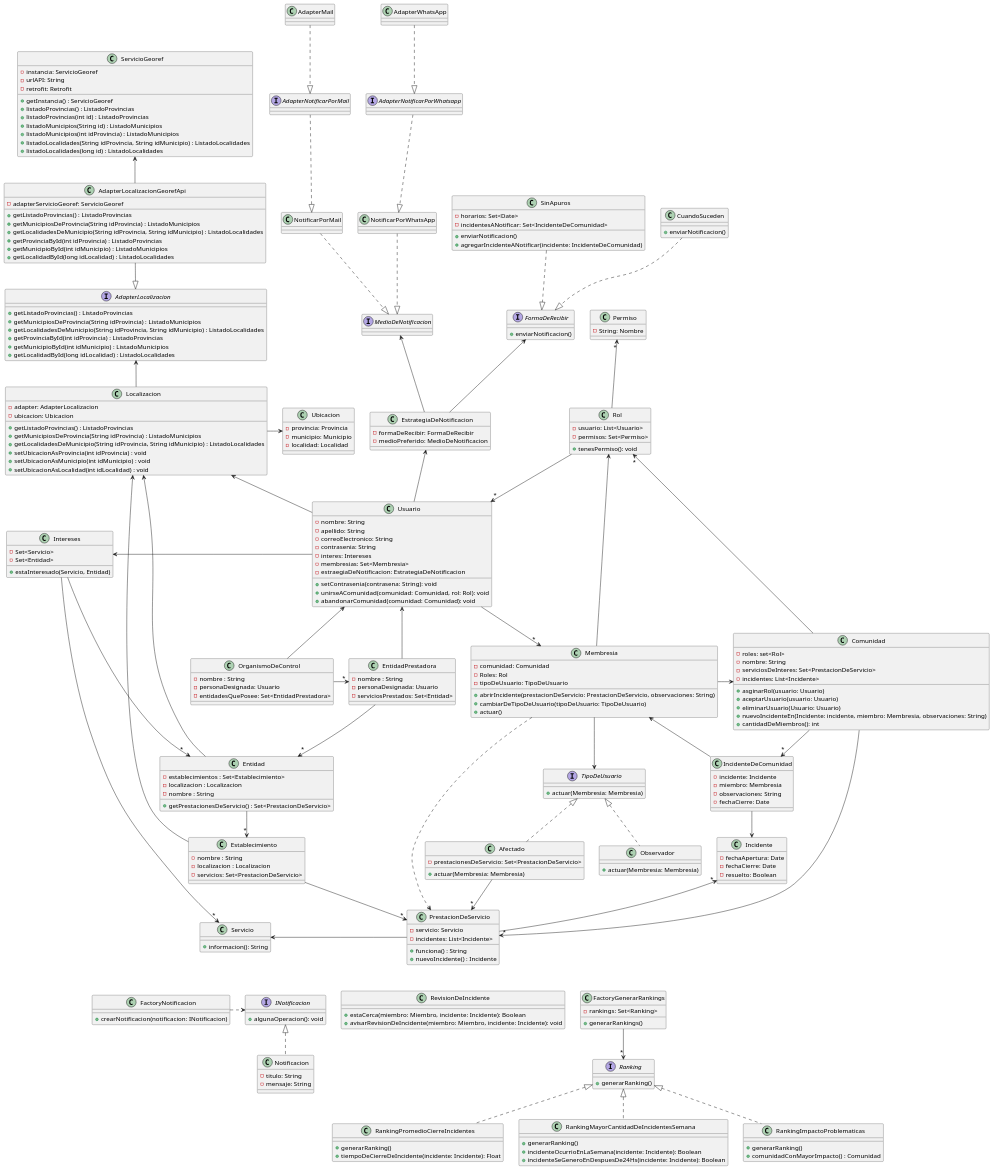
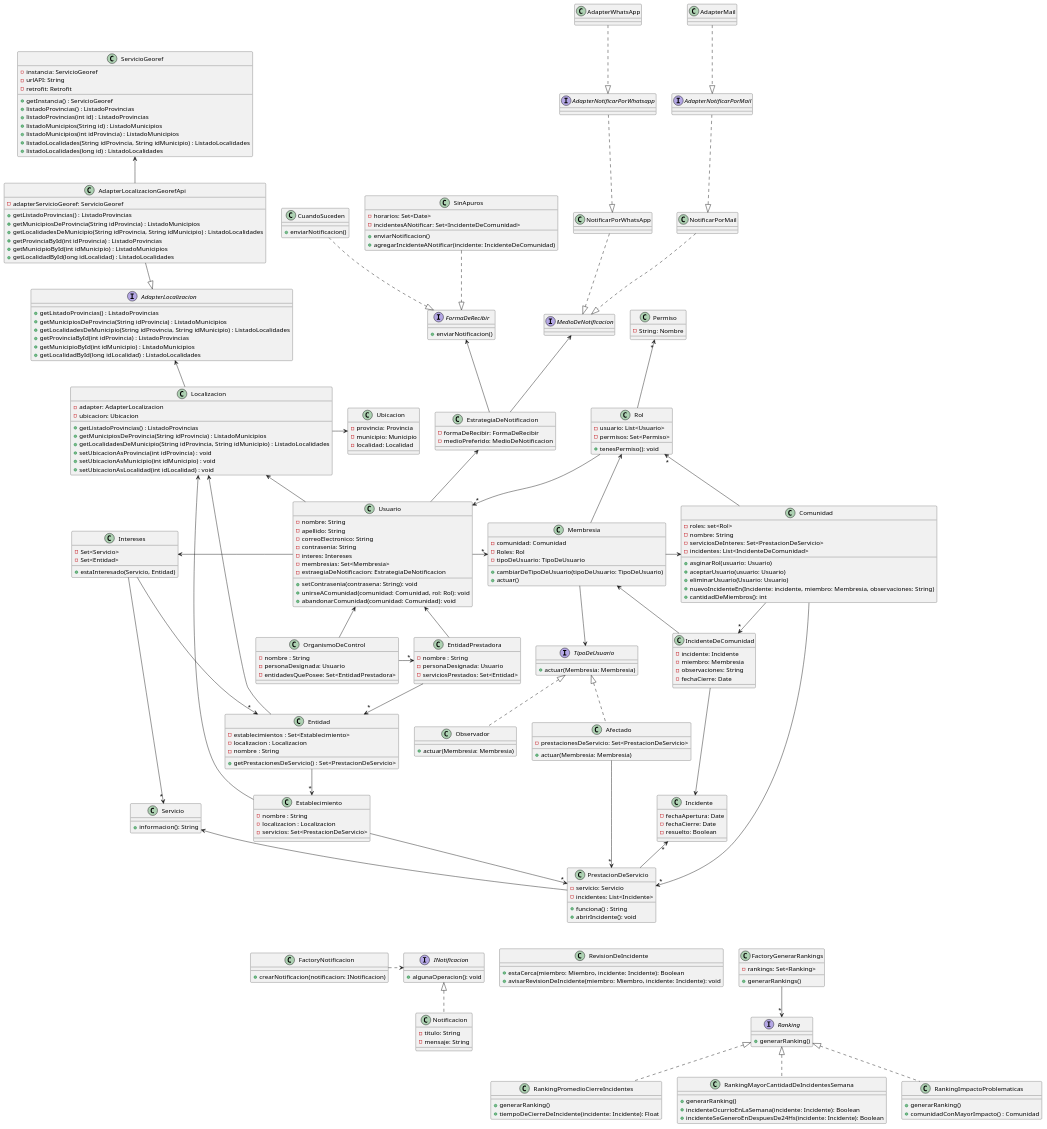
The diagram in Entregables/DiagramaDeClases.wsd (AndyTrias/comunidades-apoyo-movilidad-reducida-), drawn with PlantUML before and after one commit.

Commit message:
ajusto dos cosas

```diff
--- a/Entregables/DiagramaDeClases.wsd
+++ b/Entregables/DiagramaDeClases.wsd
@@ -5,7 +5,8 @@
     - incidentes: List<Incidente>
 
     + funciona() : String
-    + nuevoIncidente() : Incidente
+    + abrirIncidente(): void
+
 }
 
 
@@ -34,7 +35,7 @@
     -roles: set<Rol>
     -nombre: String
     -serviciosDeInteres: Set<PrestacionDeServicio>
-    - incidentes: List<Incidente>
+    - incidentes: List<IncidenteDeComunidad>
 
 
     + asginarRol(usuario: Usuario)
@@ -89,7 +90,6 @@
 Class Membresia {
     - comunidad: Comunidad
     - Roles: Rol
-    + abrirIncidente(prestacionDeServicio: PrestacionDeServicio, observaciones: String)
 }
 
 
@@ -240,7 +240,7 @@
 Comunidad --> "*" IncidenteDeComunidad
 IncidenteDeComunidad --> Incidente
 IncidenteDeComunidad --> Membresia
-Membresia ..> PrestacionDeServicio
+' Membresia ..> PrestacionDeServicio
 
 /' CONFIGURACION DE NOTIFICACIONES '/
 Class EstrategiaDeNotificacion {
```
